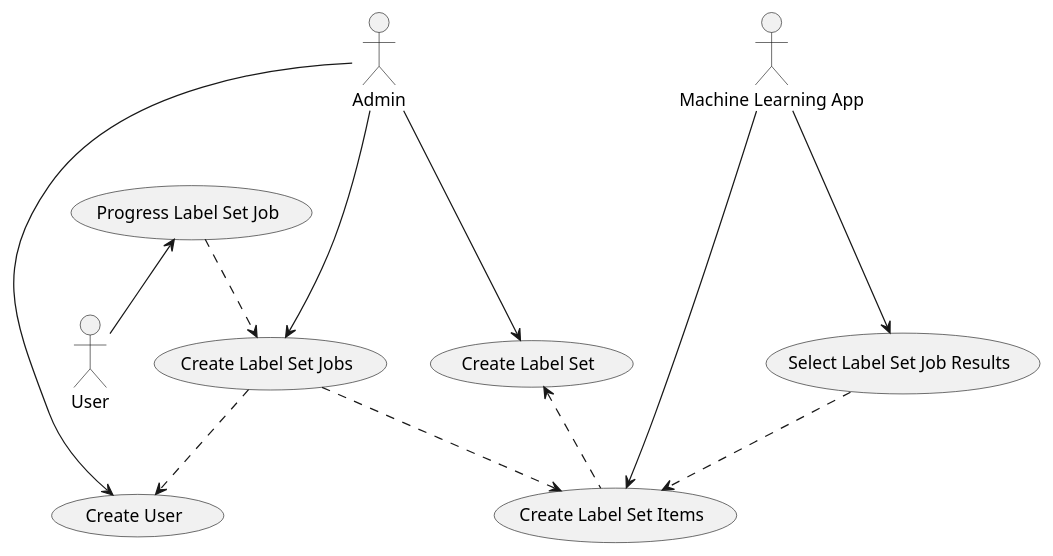
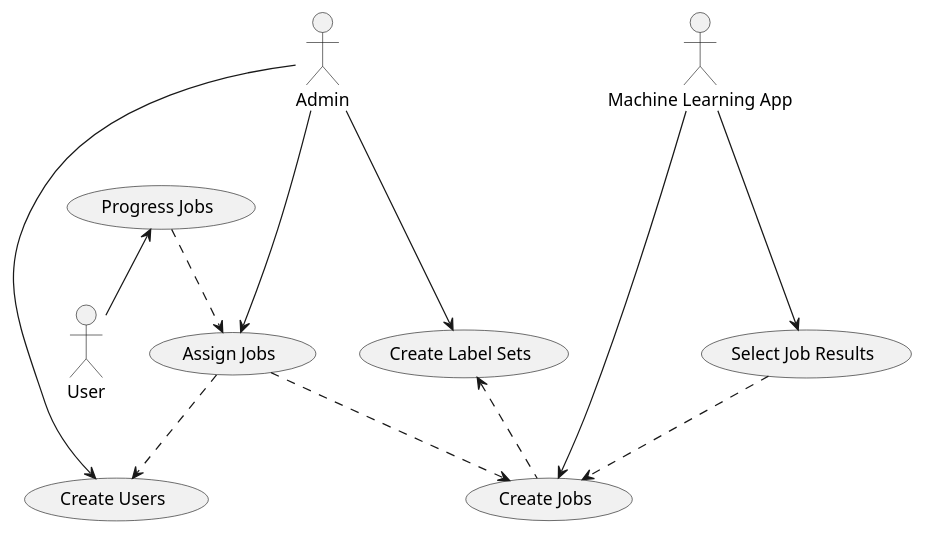
One commit to BigNerd/dblit changed the diagram in doc/plantuml/use-cases.puml. Above: the diagram before and after it, drawn with PlantUML. The commit also changed 15 other files, not shown here.

```diff
--- a/doc/plantuml/use-cases.puml
+++ b/doc/plantuml/use-cases.puml
@@ -1,36 +1,34 @@
 @startuml
 
 ' actors
 
 :Admin: as Admin
 :User: as User
 :ML: as "Machine Learning App"
 
 ' use cases
 
-(Create User) as (create_user)
-(Create Label Set) as (create_label_set)
-(Create Label Set Items) as (create_items)
-(Create Label Set Jobs) as (create_jobs)
-(Progress Label Set Job) as (progress_job)
-(Select Label Set Job Results) as (select_results)
+(Create Users) as (create_users)
+(Create Label Sets) as (create_label_sets)
+(Create Jobs) as (create_jobs)
+(Assign Jobs) as (assign_jobs)
+(Progress Jobs) as (progress_jobs)
+(Select Job Results) as (select_job_results)
 
 ' dependency relationships
-(create_items) .up.> (create_label_set)
-(create_jobs) ..> (create_user)
-(create_jobs) ..> (create_items)
-(progress_job) ..> (create_jobs)
-(select_results) ..> (create_items)
+(create_jobs) .up.> (create_label_sets)
+(assign_jobs) ..> (create_users)
+(assign_jobs) ..> (create_jobs)
+(progress_jobs) ..> (assign_jobs)
+(select_job_results) ..> (create_jobs)
 
 ' usage relationships
 
-Admin ---> (create_user)
-Admin ---> (create_label_set)
-ML ---> (create_items)
-Admin ---> (create_jobs)
-
-User -up-> (progress_job)
-
-ML ---> (select_results)
+Admin ---> (create_users)
+Admin ---> (create_label_sets)
+ML ---> (create_jobs)
+Admin ---> (assign_jobs)
+User -up-> (progress_jobs)
+ML ---> (select_job_results)
 
 @enduml
```
